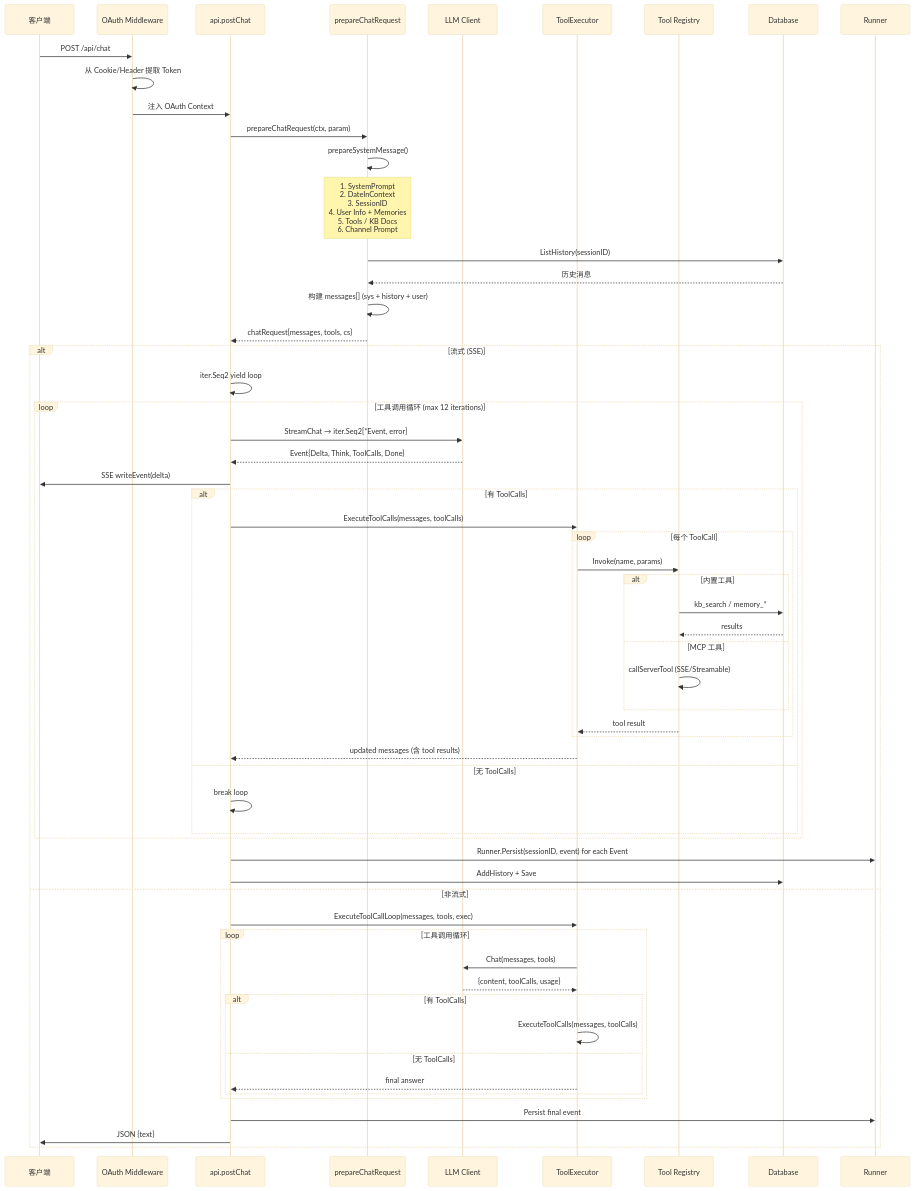
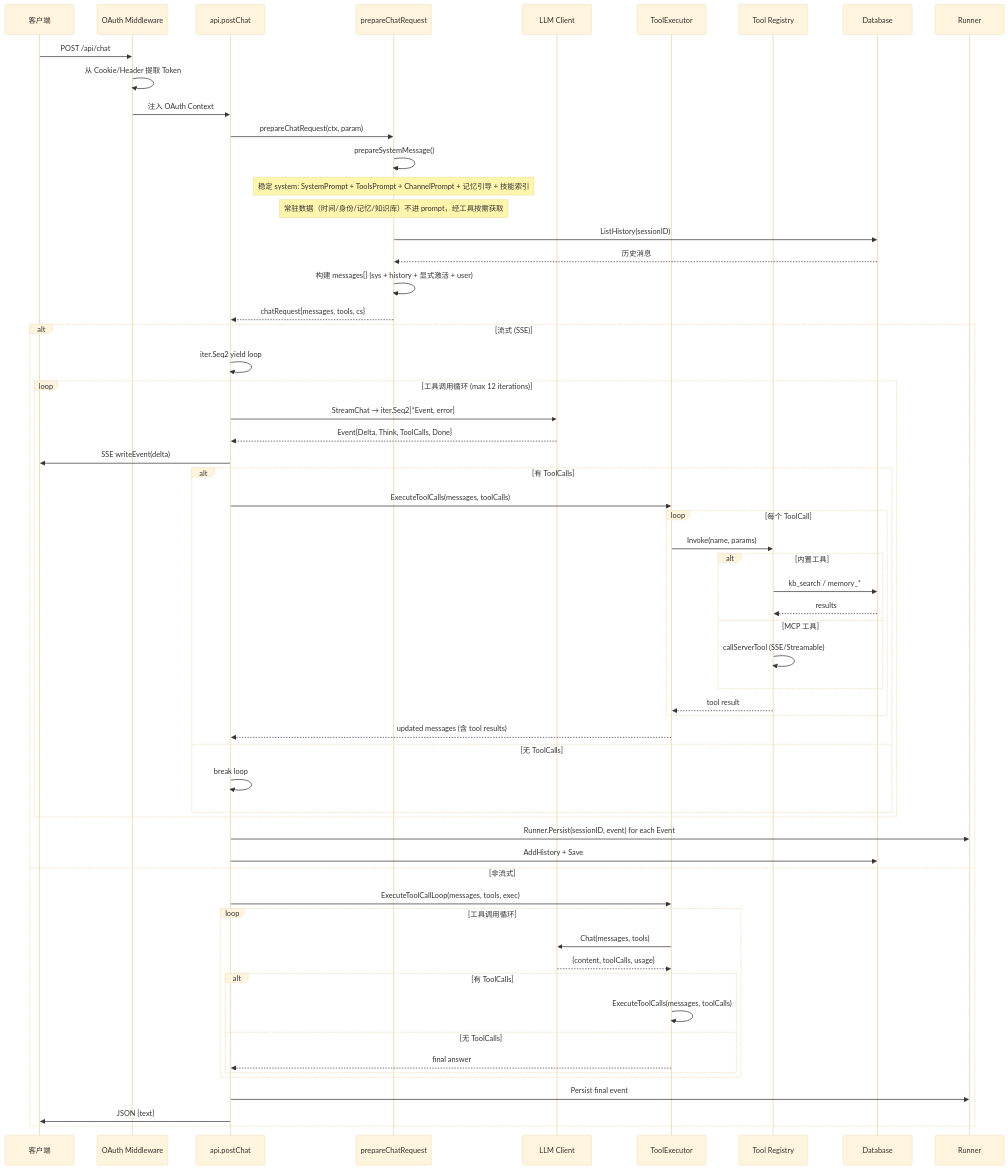
One commit to liut/morign changed the second of 7 diagrams in docs/WORKFLOWS.md. Above: the diagram before and after it, drawn with Mermaid (base theme). The commit also changed other lines of this file and 18 other files, not shown here.

First line of the commit message:
refactor(web,agent,tools): system prompt 只承载稳定内容

````diff
--- a/docs/WORKFLOWS.md
+++ b/docs/WORKFLOWS.md
@@ -21,64 +21,65 @@
 ```mermaid
 sequenceDiagram
     participant Client as 客户端
     participant MW as OAuth Middleware
     participant API as api.postChat
     participant Prep as prepareChatRequest
     participant LLM as LLM Client
     participant TE as ToolExecutor
     participant TR as Tool Registry
     participant DB as Database
 
     Client->>MW: POST /api/chat
     MW->>MW: 从 Cookie/Header 提取 Token
     MW->>API: 注入 OAuth Context
 
     API->>Prep: prepareChatRequest(ctx, param)
     Prep->>Prep: prepareSystemMessage()
-    Note over Prep: 1. SystemPrompt<br/>2. DateInContext<br/>3. SessionID<br/>4. User Info + Memories<br/>5. Tools / KB Docs<br/>6. Channel Prompt
+    Note over Prep: 稳定 system: SystemPrompt + ToolsPrompt + ChannelPrompt + 记忆引导 + 技能索引
+    Note over Prep: 常驻数据（时间/身份/记忆/知识库）不进 prompt，经工具按需获取
 
     Prep->>DB: ListHistory(sessionID)
     DB-->>Prep: 历史消息
-    Prep->>Prep: 构建 messages[] (sys + history + user)
+    Prep->>Prep: 构建 messages[] (sys + history + 显式激活 + user)
     Prep-->>API: chatRequest{messages, tools, cs}
 
     alt 流式 (SSE)
         API->>API: iter.Seq2 yield loop
         loop 工具调用循环 (max 12 iterations)
             API->>LLM: StreamChat → iter.Seq2[*Event, error]
             LLM-->>API: Event{Delta, Think, ToolCalls, Done}
             API->>Client: SSE writeEvent(delta)
             alt 有 ToolCalls
                 API->>TE: ExecuteToolCalls(messages, toolCalls)
                 loop 每个 ToolCall
                     TE->>TR: Invoke(name, params)
                     alt 内置工具
                         TR->>DB: kb_search / memory_*
                         DB-->>TR: results
                     else MCP 工具
                         TR->>TR: callServerTool (SSE/Streamable)
                     end
                     TR-->>TE: tool result
                 end
                 TE-->>API: updated messages (含 tool results)
             else 无 ToolCalls
                 API->>API: break loop
             end
         end
         API->>Runner: Runner.Persist(sessionID, event) for each Event
         API->>DB: AddHistory + Save
     else 非流式
         API->>TE: ExecuteToolCallLoop(messages, tools, exec)
         loop 工具调用循环
             TE->>LLM: Chat(messages, tools)
             LLM-->>TE: {content, toolCalls, usage}
             alt 有 ToolCalls
                 TE->>TE: ExecuteToolCalls(messages, toolCalls)
             else 无 ToolCalls
                 TE-->>API: final answer
             end
         end
         API->>Runner: Persist final event
         API->>Client: JSON {text}
     end
 ```
````
